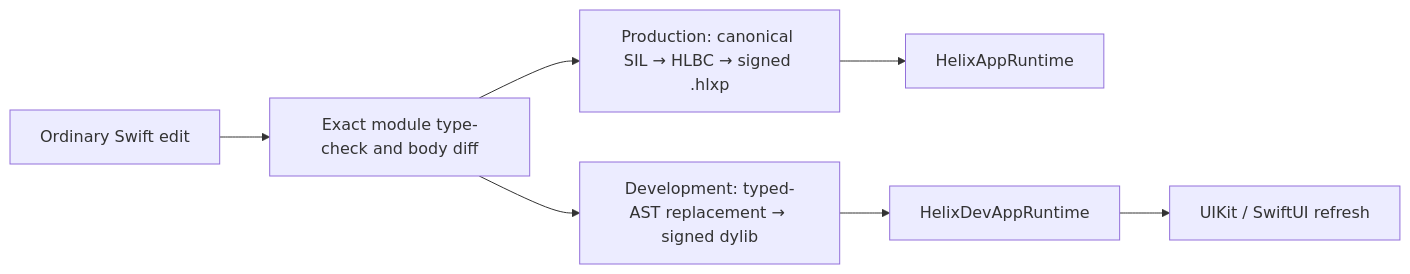
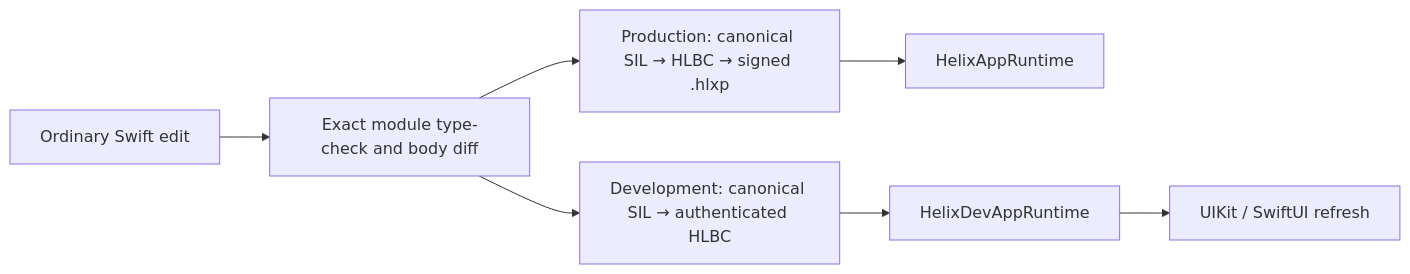
The diagram in README.md (TangentW/Helix), drawn with Mermaid before and after one commit. The commit also changed other lines of this file and 104 other files, not shown here.

````diff
--- a/README.md
+++ b/README.md
@@ -31,9 +32,9 @@
 ```mermaid
 flowchart LR
     S["Ordinary Swift edit"] --> C["Exact module type-check and body diff"]
     C --> P["Production: canonical SIL → HLBC → signed .hlxp"]
-    C --> D["Development: typed-AST replacement → signed dylib"]
+    C --> D["Development: canonical SIL → authenticated HLBC"]
     P --> R["HelixAppRuntime"]
     D --> DR["HelixDevAppRuntime"]
     DR --> UI["UIKit / SwiftUI refresh"]
 ```
````
